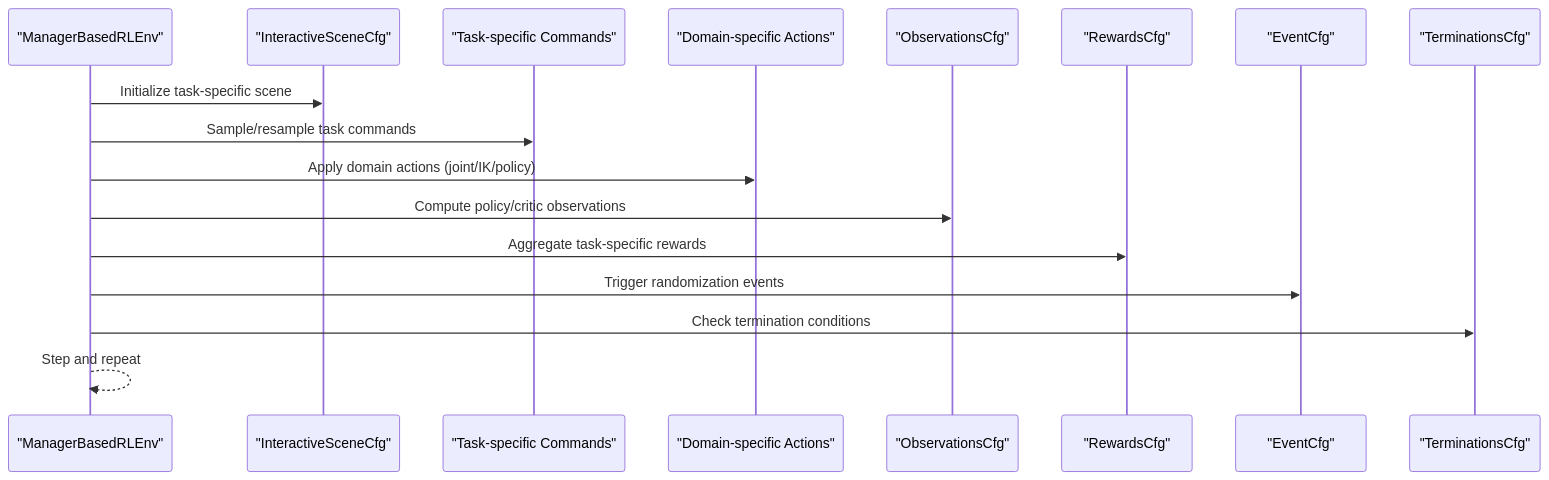
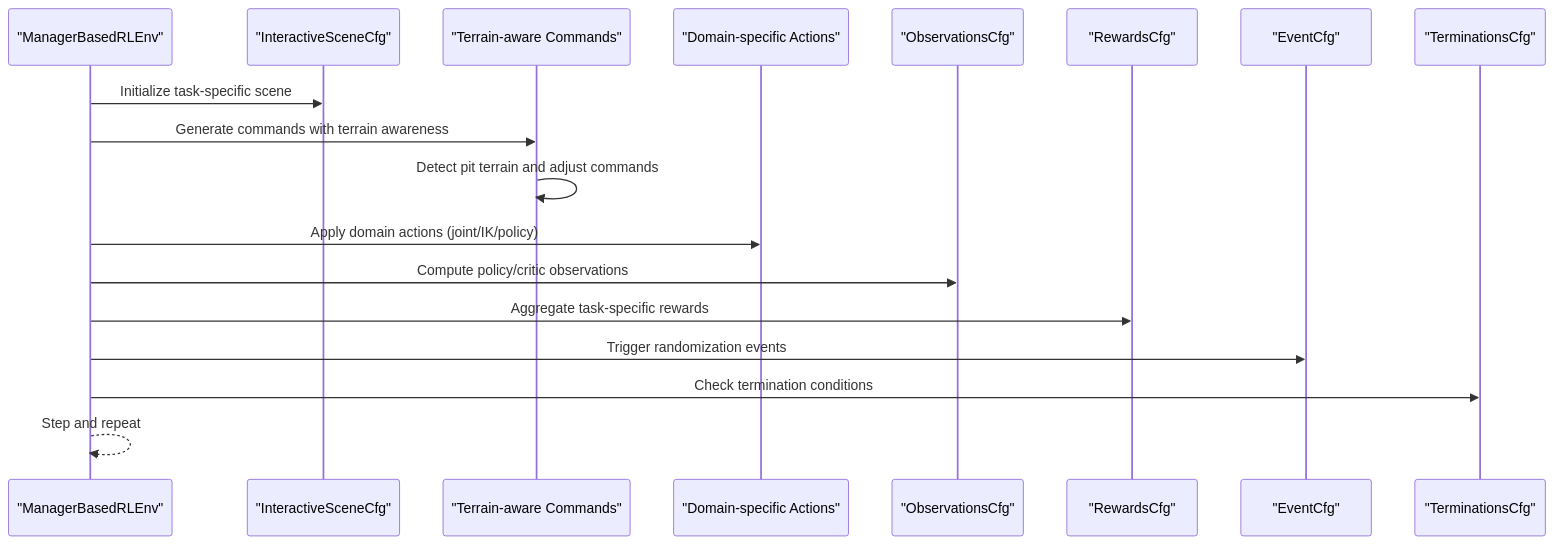
Before and after one commit to jayjayhust/robot_lab: the second of 10 diagrams in .qoder/repowiki/en/content/Task Configuration Framework/Task Configuration Framework.md, drawn with Mermaid. The commit also changed other lines of this file and 14 other files, not shown here.

````diff
--- a/.qoder/repowiki/en/content/Task Configuration Framework/Task Configuration Framework.md
+++ b/.qoder/repowiki/en/content/Task Configuration Framework/Task Configuration Framework.md
@@ -139,19 +164,20 @@
 ```mermaid
 sequenceDiagram
 participant Env as "ManagerBasedRLEnv"
 participant Scene as "InteractiveSceneCfg"
-participant Cmd as "Task-specific Commands"
+participant Cmd as "Terrain-aware Commands"
 participant Act as "Domain-specific Actions"
 participant Obs as "ObservationsCfg"
 participant Rew as "RewardsCfg"
 participant Ev as "EventCfg"
 participant Term as "TerminationsCfg"
 Env->>Scene : Initialize task-specific scene
-Env->>Cmd : Sample/resample task commands
+Env->>Cmd : Generate commands with terrain awareness
+Cmd->>Cmd : Detect pit terrain and adjust commands
 Env->>Act : Apply domain actions (joint/IK/policy)
 Env->>Obs : Compute policy/critic observations
 Env->>Rew : Aggregate task-specific rewards
 Env->>Ev : Trigger randomization events
 Env->>Term : Check termination conditions
 Env-->>Env : Step and repeat
 ```
````
